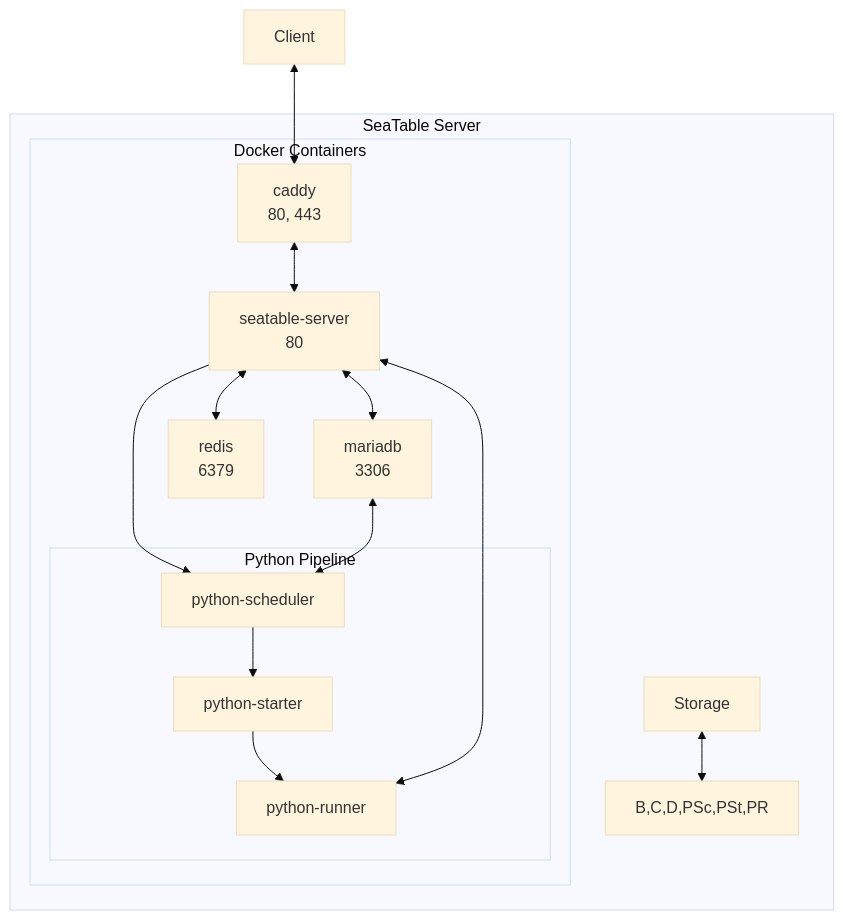
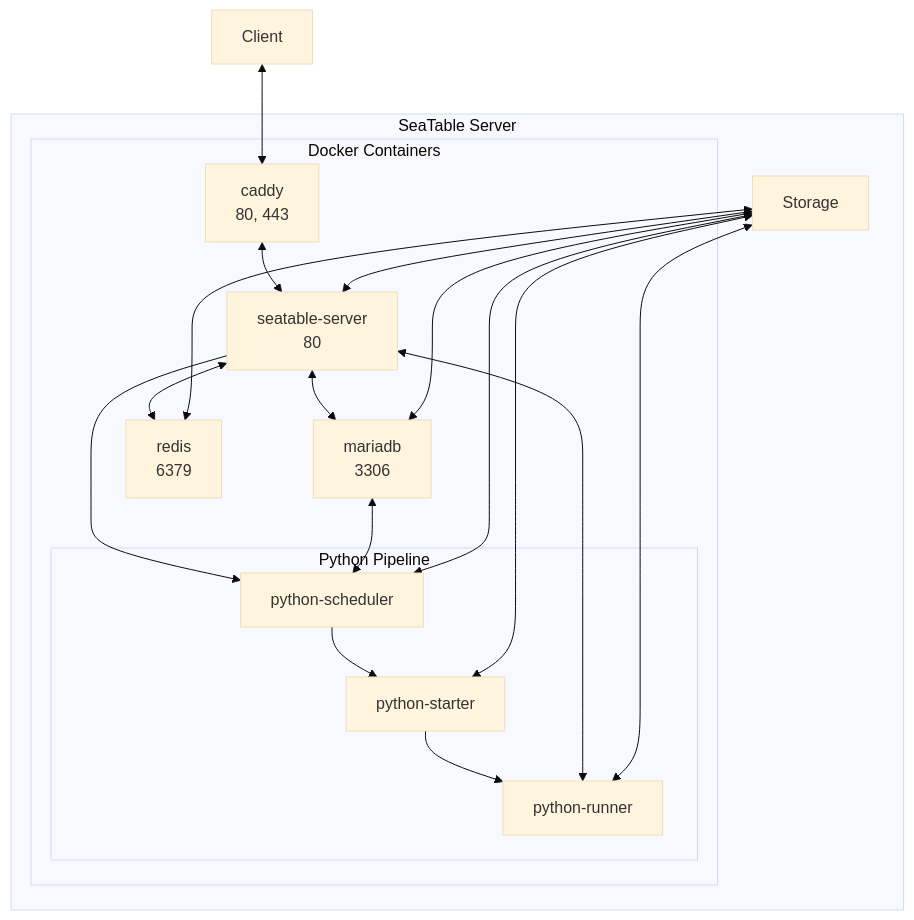
One commit to seatable/seatable-admin-docs changed the second of 3 diagrams in docs/introduction/architecture.md. Above: the diagram before and after it, drawn with Mermaid (base theme).

Commit message:
Corrected connections to Filesystem

````diff
--- a/docs/introduction/architecture.md
+++ b/docs/introduction/architecture.md
@@ -33,27 +33,32 @@
 ```mermaid
 flowchart TB
     Client<-->A
     subgraph s[SeaTable Server]
         subgraph d[Docker Containers]
             A[caddy<br/>80, 443]
             B[seatable-server<br/>80]
             C[mariadb<br/>3306]
             D[redis<br/>6379]
             A<-->B
             B<-->C
             B<-->D
                subgraph p[Python Pipeline]
                   PSc[python-scheduler]
                   PSt[python-starter]
                   PR[python-runner]
                   PSc-->PSt
                   PSt-->PR
                end
             B-->PSc
             B<-->PR
             C<-->PSc
         end
         F[Storage]
-        F<-->B,C,D,PSc,PSt,PR
+        F<-->B
+        F<-->C
+        F<-->D
+        F<-->PSc
+        F<-->PSt
+        F<-->PR
     end
 ```
````
